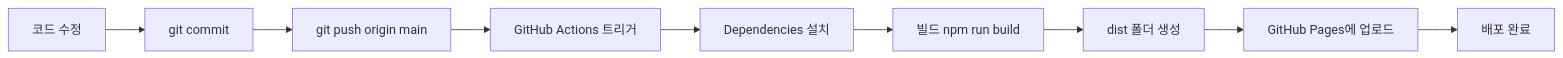
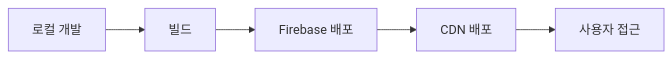
One commit to Maccrey/CrackFortune changed the diagram in Deploy.md. Above: the diagram before and after it, drawn with Mermaid. The commit also changed other lines of this file and 8 other files, not shown here.

````diff
--- a/Deploy.md
+++ b/Deploy.md
@@ -174,11 +228,7 @@
 ```mermaid
 graph LR
-    A[코드 수정] --> B[git commit]
-    B --> C[git push origin main]
-    C --> D[GitHub Actions 트리거]
-    D --> E[Dependencies 설치]
-    E --> F[빌드 npm run build]
-    F --> G[dist 폴더 생성]
-    G --> H[GitHub Pages에 업로드]
-    H --> I[배포 완료]
+    A[로컬 개발] --> B[빌드]
+    B --> C[Firebase 배포]
+    C --> D[CDN 배포]
+    D --> E[사용자 접근]
 ```
````
